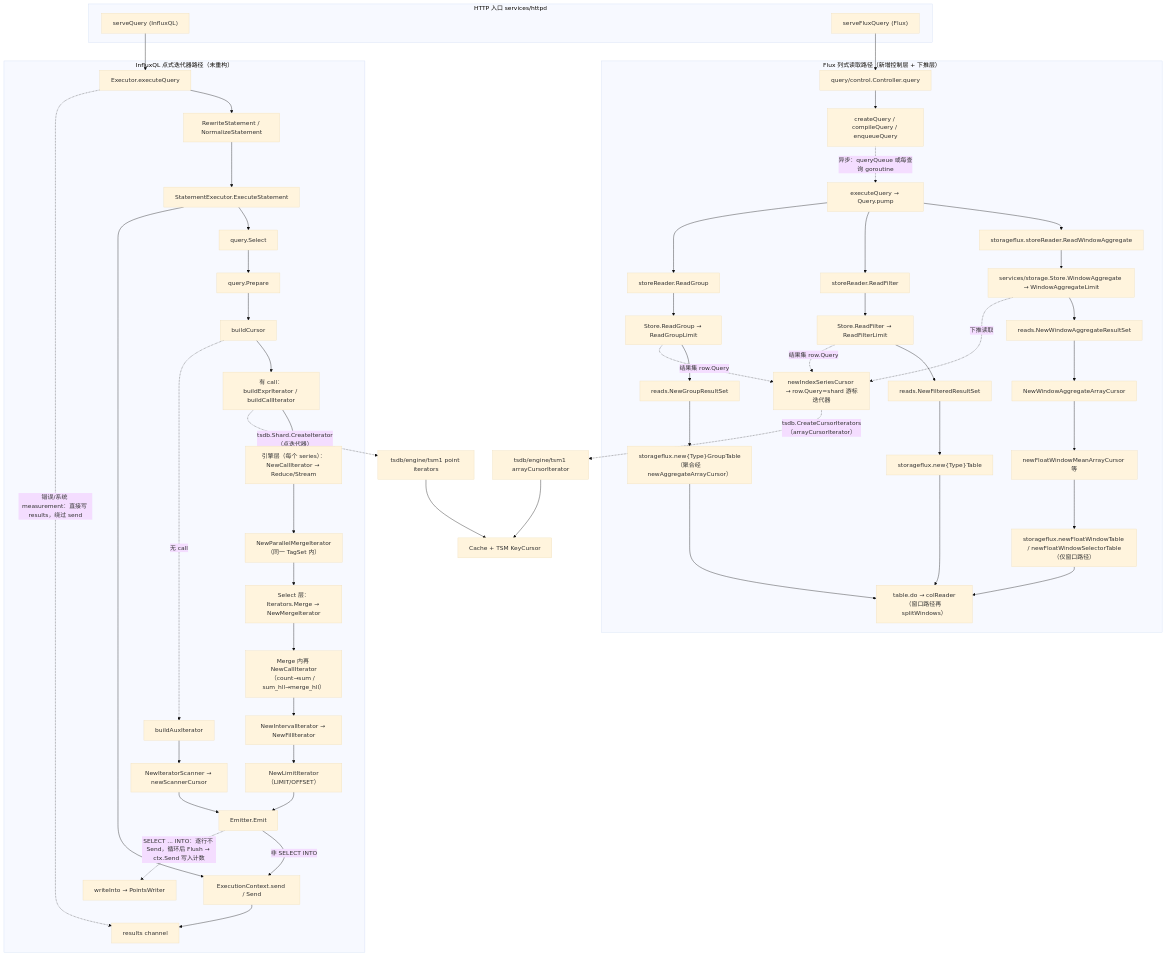
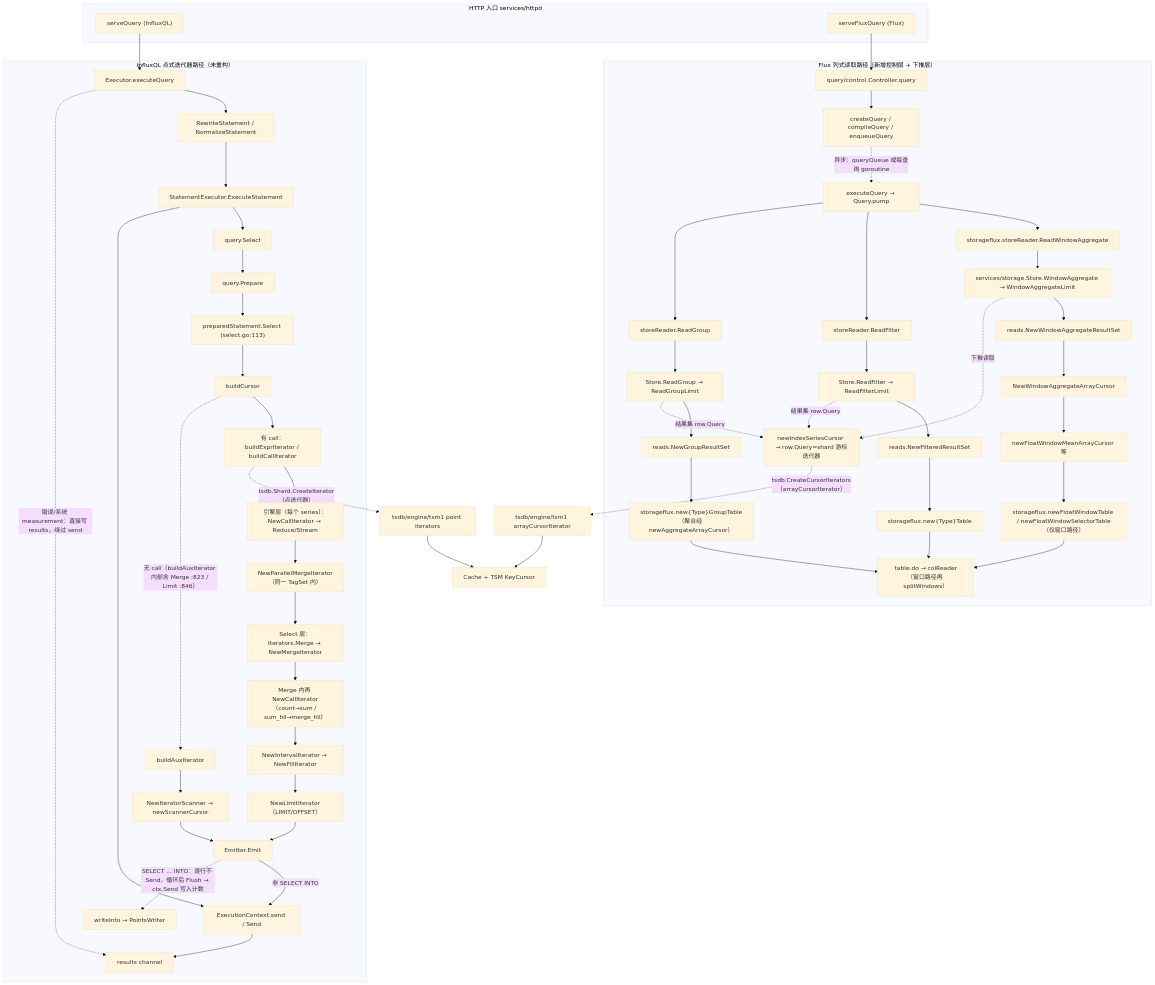
The first of 9 diagrams in docs/specs/v1.8.10-vs-v1.12.3/03_query_engine_diff.md (stefanv5/influxdb), drawn with Mermaid (base theme) before and after one commit. The commit also changed other lines of this file and 16 other files, not shown here.

````diff
--- a/docs/specs/v1.8.10-vs-v1.12.3/03_query_engine_diff.md
+++ b/docs/specs/v1.8.10-vs-v1.12.3/03_query_engine_diff.md
@@ -81,63 +81,63 @@
 ```mermaid
 flowchart TB
     subgraph HTTP["HTTP 入口 services/httpd"]
         H1["serveQuery (InfluxQL)"]
         H2["serveFluxQuery (Flux)"]
     end
 
     subgraph IQ["InfluxQL 点式迭代器路径（未重构）"]
         I1["Executor.executeQuery"] --> I1b["RewriteStatement / NormalizeStatement"]
         I1 -. "错误/系统 measurement：直接写 results，绕过 send" .-> I2R["results channel"]
         I1b --> I3["StatementExecutor.ExecuteStatement"]
         I3 --> I4["query.Select"]
         I3 --> I2["ExecutionContext.send / Send"]
         I2 --> I2R
-        I4 --> I5["query.Prepare"] --> I6["buildCursor"]
+        I4 --> I5["query.Prepare"] --> I5b["preparedStatement.Select (select.go:113)"] --> I6["buildCursor"]
         I6 --> I7["有 call：buildExprIterator / buildCallIterator"]
-        I6 -. "无 call" .-> I7b["buildAuxIterator"]
+        I6 -. "无 call（buildAuxIterator 内部含 Merge :823 / Limit :846）" .-> I7b["buildAuxIterator"]
         I7b --> I7c["NewIteratorScanner → newScannerCursor"]
         I7 --> I8["引擎层（每个 series）：NewCallIterator → Reduce/Stream"]
         I8 --> I8b["NewParallelMergeIterator（同一 TagSet 内）"]
         I8b --> I9["Select 层：Iterators.Merge → NewMergeIterator"]
         I9 --> I9b["Merge 内再 NewCallIterator（count→sum / sum_hll→merge_hll）"]
         I9b --> I10["NewIntervalIterator → NewFillIterator"]
         I10 --> I10b["NewLimitIterator（LIMIT/OFFSET）"]
         I10b --> I11["Emitter.Emit"]
         I7c --> I11
         I11 -->|"非 SELECT INTO"| I2
         I11 -. "SELECT ... INTO：逐行不 Send，循环后 Flush → ctx.Send 写入计数" .-> I12["writeInto → PointsWriter"]
     end
 
     subgraph FX["Flux 列式读取路径（新增控制层 + 下推层）"]
         F1["query/control.Controller.query"] --> F2["createQuery / compileQuery / enqueueQuery"]
         F2 -. "异步：queryQueue 或每查询 goroutine" .-> F3["executeQuery → Query.pump"]
         F3 --> F4a["storageflux.storeReader.ReadWindowAggregate"]
         F4a --> F5["services/storage.Store.WindowAggregate → WindowAggregateLimit"]
         F3 --> F4b["storeReader.ReadFilter"]
         F4b --> F5b["Store.ReadFilter → ReadFilterLimit"]
         F5b --> F6b["reads.NewFilteredResultSet"]
         F6b --> F9b["storageflux.new{Type}Table"]
         F3 --> F4c["storeReader.ReadGroup"]
         F4c --> F5c["Store.ReadGroup → ReadGroupLimit"]
         F5c --> F6c["reads.NewGroupResultSet"]
         F6c --> F9c["storageflux.new{Type}GroupTable（聚合经 newAggregateArrayCursor）"]
         F5 --> F6["reads.NewWindowAggregateResultSet"]
         F6 --> F7["NewWindowAggregateArrayCursor"]
         F7 --> F8["newFloatWindowMeanArrayCursor 等"]
         F8 --> F9["storageflux.newFloatWindowTable / newFloatWindowSelectorTable（仅窗口路径）"]
         F9 --> F10["table.do → colReader（窗口路径再 splitWindows）"]
         F9b --> F10
         F9c --> F10
         F11["newIndexSeriesCursor → row.Query=shard 游标迭代器"]
         F5 -. "下推读取" .-> F11
         F5b -. "结果集 row.Query" .-> F11
         F5c -. "结果集 row.Query" .-> F11
     end
 
     H1 --> I1
     H2 --> F1
     I7 -. "tsdb.Shard.CreateIterator（点迭代器）" .-> T1["tsdb/engine/tsm1 point iterators"]
     F11 -. "tsdb.CreateCursorIterators（arrayCursorIterator）" .-> T2["tsdb/engine/tsm1 arrayCursorIterator"]
     T1 --> T3["Cache + TSM KeyCursor"]
     T2 --> T3
 ```
````
